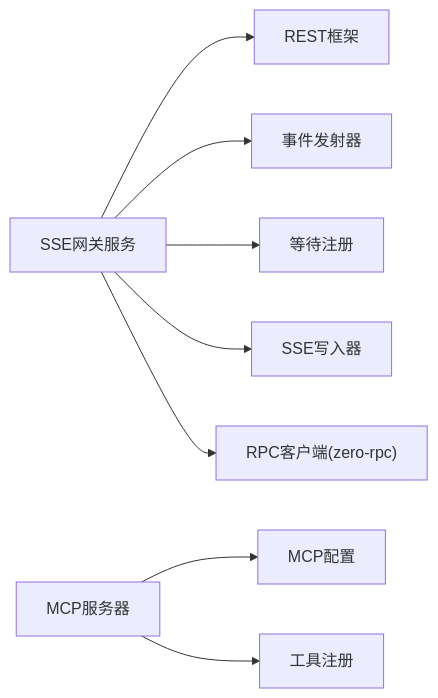
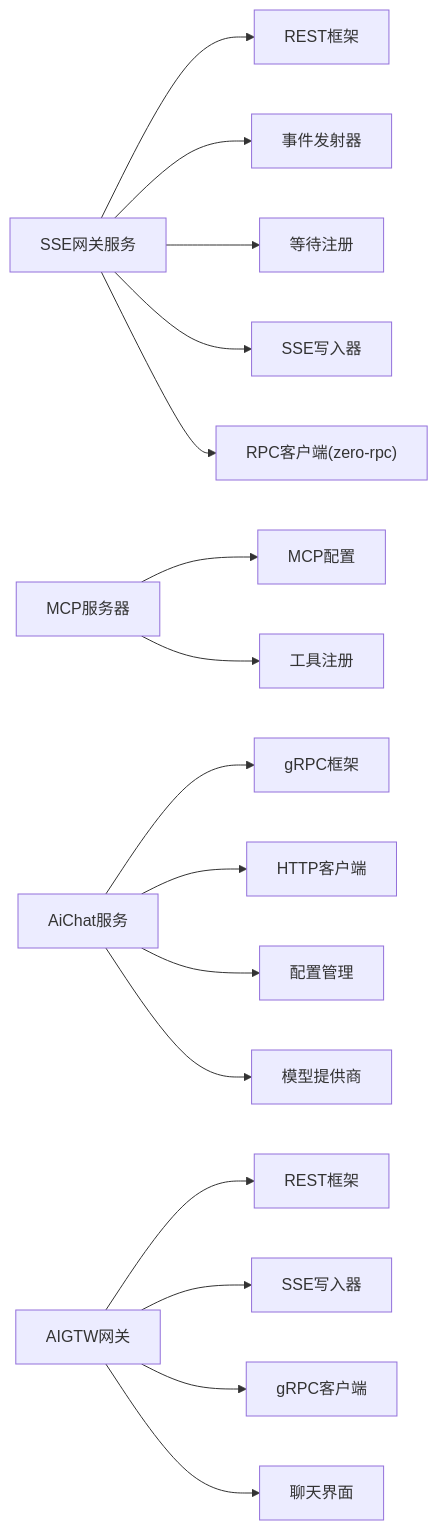
The sixth of 6 diagrams in .qoder/repowiki/zh/content/AI应用模块/AI应用模块.md (maomao94/zero-service), drawn with Mermaid before and after one commit. The commit also changed other lines of this file and 2 other files, not shown here.

````diff
--- a/.qoder/repowiki/zh/content/AI应用模块/AI应用模块.md
+++ b/.qoder/repowiki/zh/content/AI应用模块/AI应用模块.md
@@ -294,10 +453,18 @@
 ```mermaid
 graph LR
 SSE["SSE网关服务"] --> REST["REST框架"]
 SSE --> EVT["事件发射器"]
 SSE --> REG["等待注册"]
 SSE --> WR["SSE写入器"]
 SSE --> RPC["RPC客户端(zero-rpc)"]
 MCP["MCP服务器"] --> MCPCFG["MCP配置"]
 MCP --> TOOL["工具注册"]
+AICHAT["AiChat服务"] --> GRPC["gRPC框架"]
+AICHAT --> HTTPC["HTTP客户端"]
+AICHAT --> CFG["配置管理"]
+AICHAT --> PROV["模型提供商"]
+AIGTW["AIGTW网关"] --> REST2["REST框架"]
+AIGTW --> SSEX["SSE写入器"]
+AIGTW --> GRPCCLI["gRPC客户端"]
+AIGTW --> HTML["聊天界面"]
 ```
````
